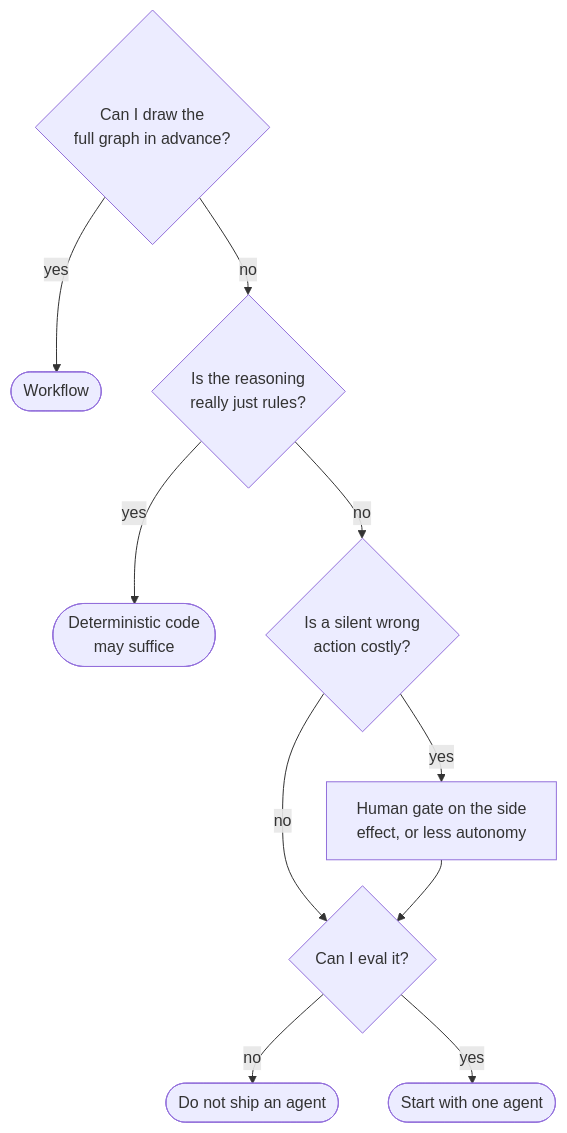
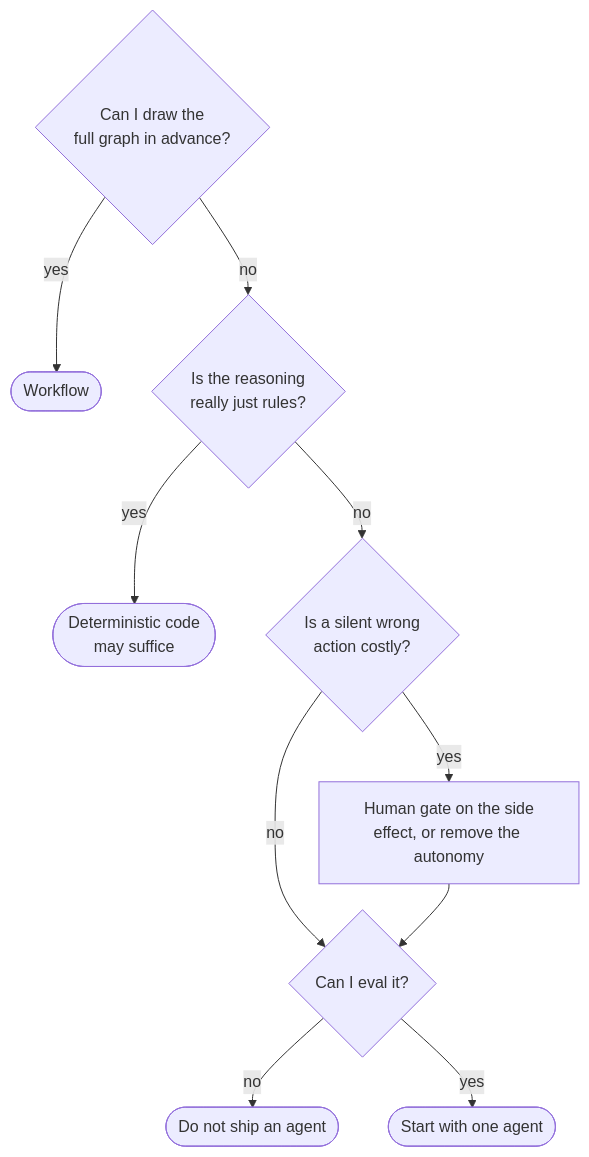
The diagram in diagrams/src/agent-or-not.mmd (joshxinjie/agentic-harness-notes), drawn with Mermaid before and after one commit. The commit also changed 5 other files, not shown here.

```diff
--- a/diagrams/src/agent-or-not.mmd
+++ b/diagrams/src/agent-or-not.mmd
@@ -1,12 +1,12 @@
 %%{init: {"flowchart": {"rankSpacing": 26}}}%%
 flowchart TD
     Q1{"Can I draw the<br>full graph in advance?"}
     Q1 -->|"yes"| W(["Workflow"])
     Q1 -->|"no"| Q2{"Is the reasoning<br>really just rules?"}
     Q2 -->|"yes"| D(["Deterministic code<br>may suffice"])
     Q2 -->|"no"| Q3{"Is a silent wrong<br>action costly?"}
-    Q3 -->|"yes"| H["Human gate on the side<br>effect, or less autonomy"]
+    Q3 -->|"yes"| H["Human gate on the side<br>effect, or remove the autonomy"]
     Q3 -->|"no"| Q4
     H --> Q4{"Can I eval it?"}
     Q4 -->|"no"| N(["Do not ship an agent"])
     Q4 -->|"yes"| A(["Start with one agent"])
```
